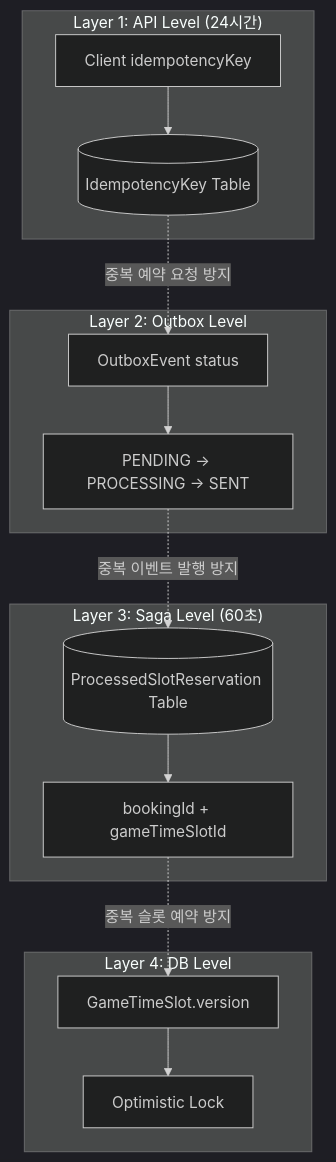
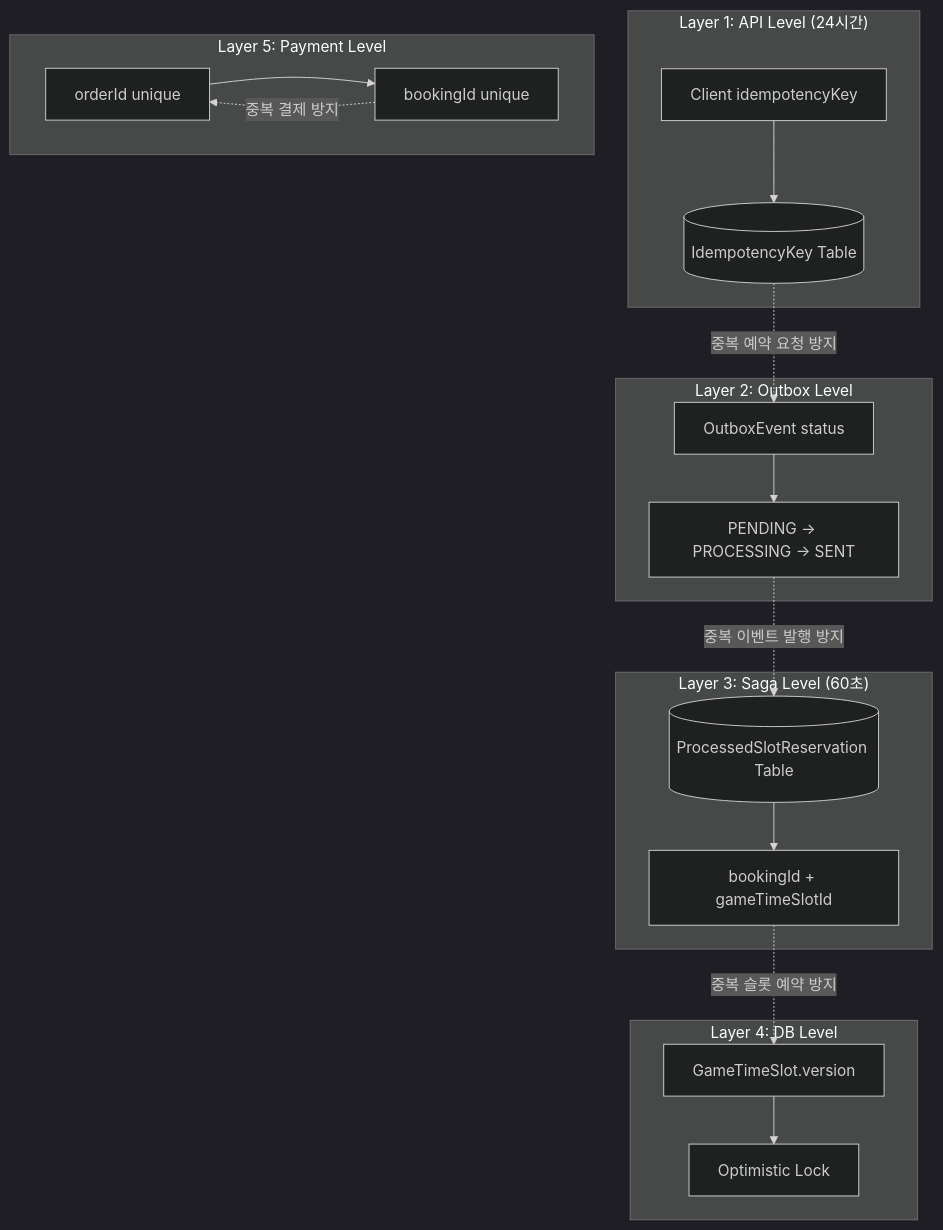
Before and after one commit to uniyous/parkgolf-platform: the ninth of 12 diagrams in docs/BOOKING_WORKFLOW.md, drawn with Mermaid (dark theme). The commit also changed other lines of this file and 4 other files, not shown here.

````diff
--- a/docs/BOOKING_WORKFLOW.md
+++ b/docs/BOOKING_WORKFLOW.md
@@ -372,30 +498,37 @@
 ```mermaid
 flowchart TB
     subgraph "Layer 1: API Level (24시간)"
         A[Client idempotencyKey]
         B[(IdempotencyKey Table)]
         A --> B
     end
 
     subgraph "Layer 2: Outbox Level"
         C[OutboxEvent status]
         D[PENDING → PROCESSING → SENT]
         C --> D
     end
 
     subgraph "Layer 3: Saga Level (60초)"
         E[(ProcessedSlotReservation Table)]
         F[bookingId + gameTimeSlotId]
         E --> F
     end
 
     subgraph "Layer 4: DB Level"
         G[GameTimeSlot.version]
         H[Optimistic Lock]
         G --> H
     end
 
+    subgraph "Layer 5: Payment Level"
+        I[orderId unique]
+        J[bookingId unique]
+        I --> J
+    end
+
     B -.->|중복 예약 요청 방지| C
     D -.->|중복 이벤트 발행 방지| E
     F -.->|중복 슬롯 예약 방지| G
+    J -.->|중복 결제 방지| I
 ```
````
